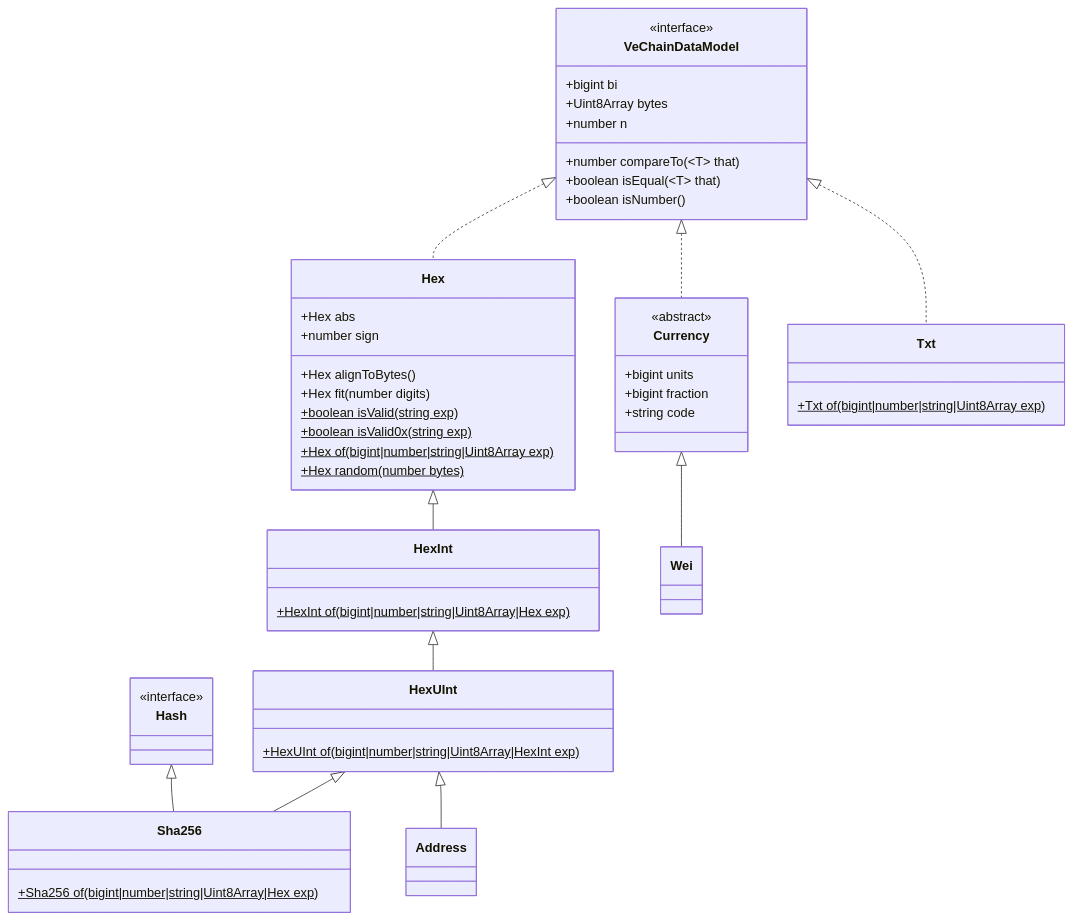
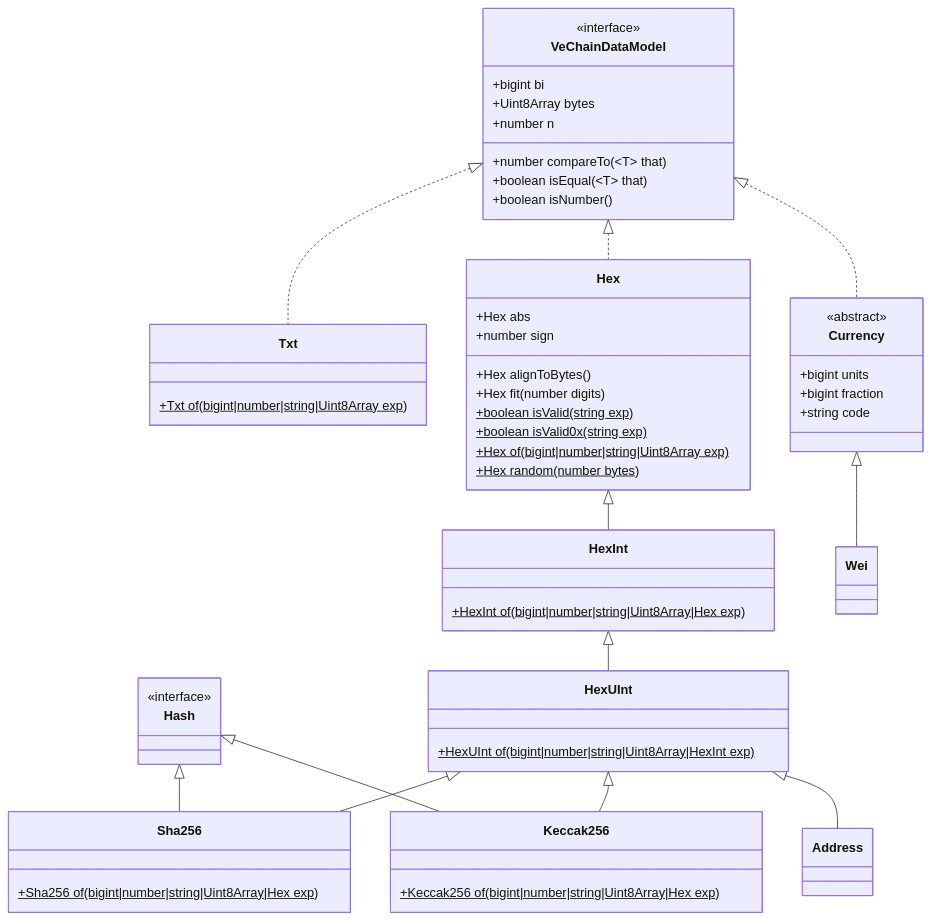
The diagram in docs/diagrams/architecture/vcdm.md (vechain/vechain-sdk-js), drawn with Mermaid before and after one commit. The commit also changed 23 other files, not shown here.

````diff
--- a/docs/diagrams/architecture/vcdm.md
+++ b/docs/diagrams/architecture/vcdm.md
@@ -1,54 +1,59 @@
 ```mermaid
 classDiagram
     class Address
     class Currency {
         <<abstract>>
         +bigint units
         +bigint fraction
         +string code
     }
     class Hash {
         <<interface>>
     }
     class Hex {
         +Hex abs
         +number sign
         +Hex alignToBytes()
         +Hex fit(number digits)
         +boolean isValid(string exp)$
         +boolean isValid0x(string exp)$
         +Hex of(bigint|number|string|Uint8Array exp)$
         +Hex random(number bytes)$
     }
     class HexInt {
         +HexInt of(bigint|number|string|Uint8Array|Hex exp)$
     }
     class HexUInt {
         +HexUInt of(bigint|number|string|Uint8Array|HexInt exp)$
     }
+    class Keccak256 {
+        +Keccak256 of(bigint|number|string|Uint8Array|Hex exp)$
+    }
     class Txt {
         +Txt of(bigint|number|string|Uint8Array exp)$
     }
     class Sha256 {
         +Sha256 of(bigint|number|string|Uint8Array|Hex exp)$
     }
     class VeChainDataModel{
         <<interface>>
       +bigint bi
       +Uint8Array bytes
       +number n
       +number compareTo(~T~ that)
       +boolean isEqual(~T~ that)
       +boolean isNumber()
     }
     class Wei
     Currency <|-- Wei
+    Hash <|-- Keccak256
     Hash <|-- Sha256
     Hex <|-- HexInt
     HexInt <|-- HexUInt
+    HexUInt <|-- Address
+    HexUInt <|-- Keccak256
     HexUInt <|-- Sha256
-    HexUInt <|-- Address
     VeChainDataModel <|.. Currency
     VeChainDataModel <|.. Hex
     VeChainDataModel <|.. Txt
 ```
````
